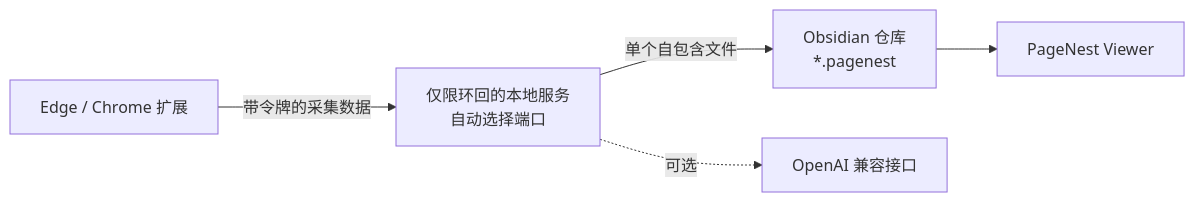
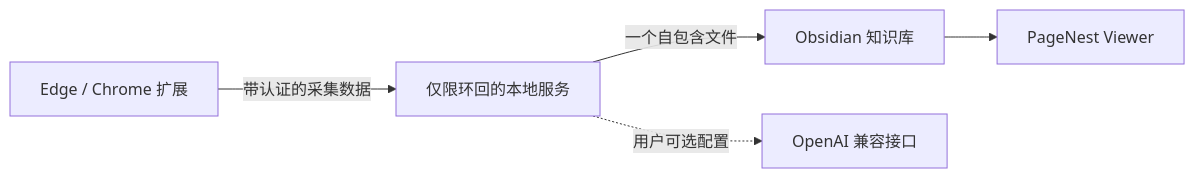
Before and after one commit to WYuHuai/PageNest: the diagram in README.zh-CN.md, drawn with Mermaid. The commit also changed other lines of this file and 10 other files, not shown here.

````diff
--- a/README.zh-CN.md
+++ b/README.zh-CN.md
@@ -86,7 +166,7 @@
 ```mermaid
 flowchart LR
-    E["Edge / Chrome 扩展"] -->|"带令牌的采集数据"| S["仅限环回的本地服务<br/>自动选择端口"]
-    S -->|"单个自包含文件"| V["Obsidian 仓库<br/>*.pagenest"]
+    E["Edge / Chrome 扩展"] -->|"带认证的采集数据"| S["仅限环回的本地服务"]
+    S -->|"一个自包含文件"| V["Obsidian 知识库"]
     V --> P["PageNest Viewer"]
-    S -. "可选" .-> A["OpenAI 兼容接口"]
+    S -. "用户可选配置" .-> A["OpenAI 兼容接口"]
 ```
````
